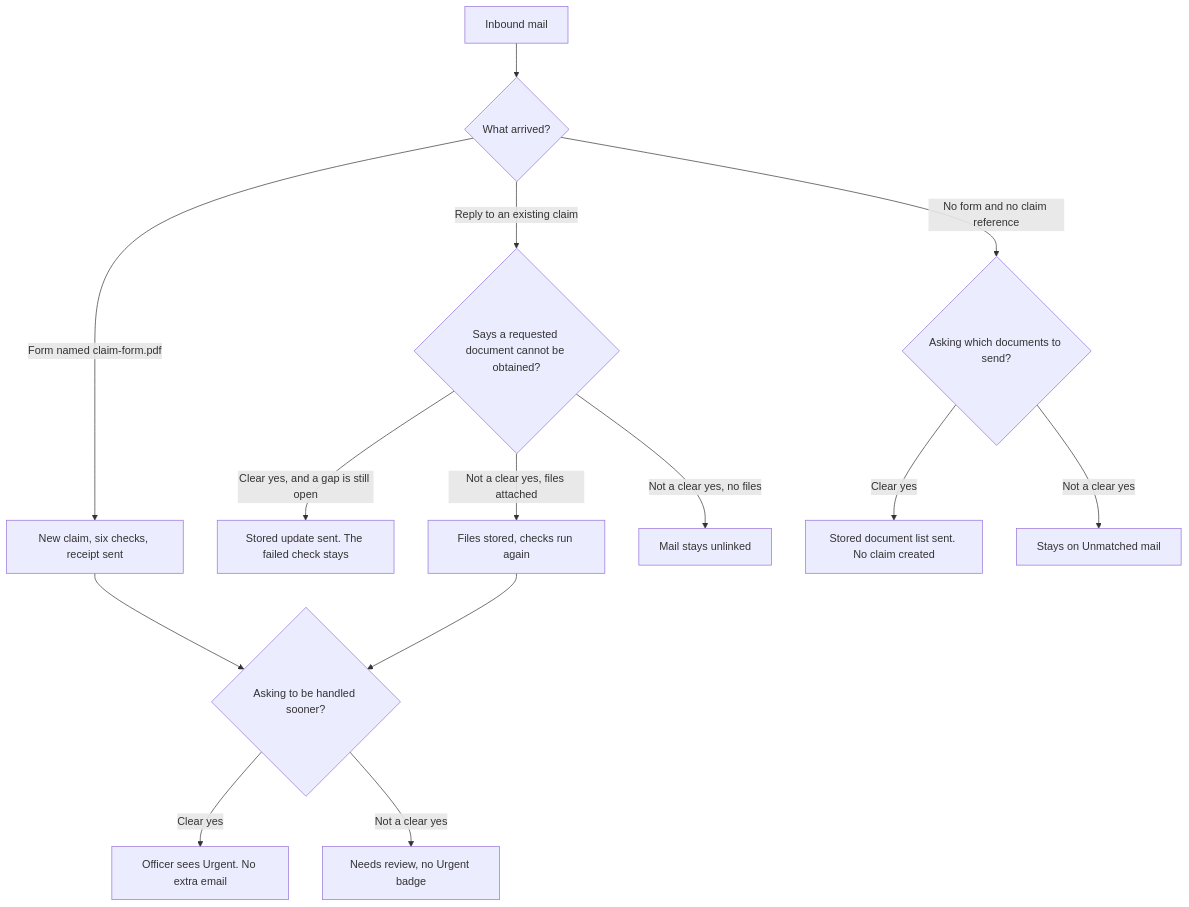
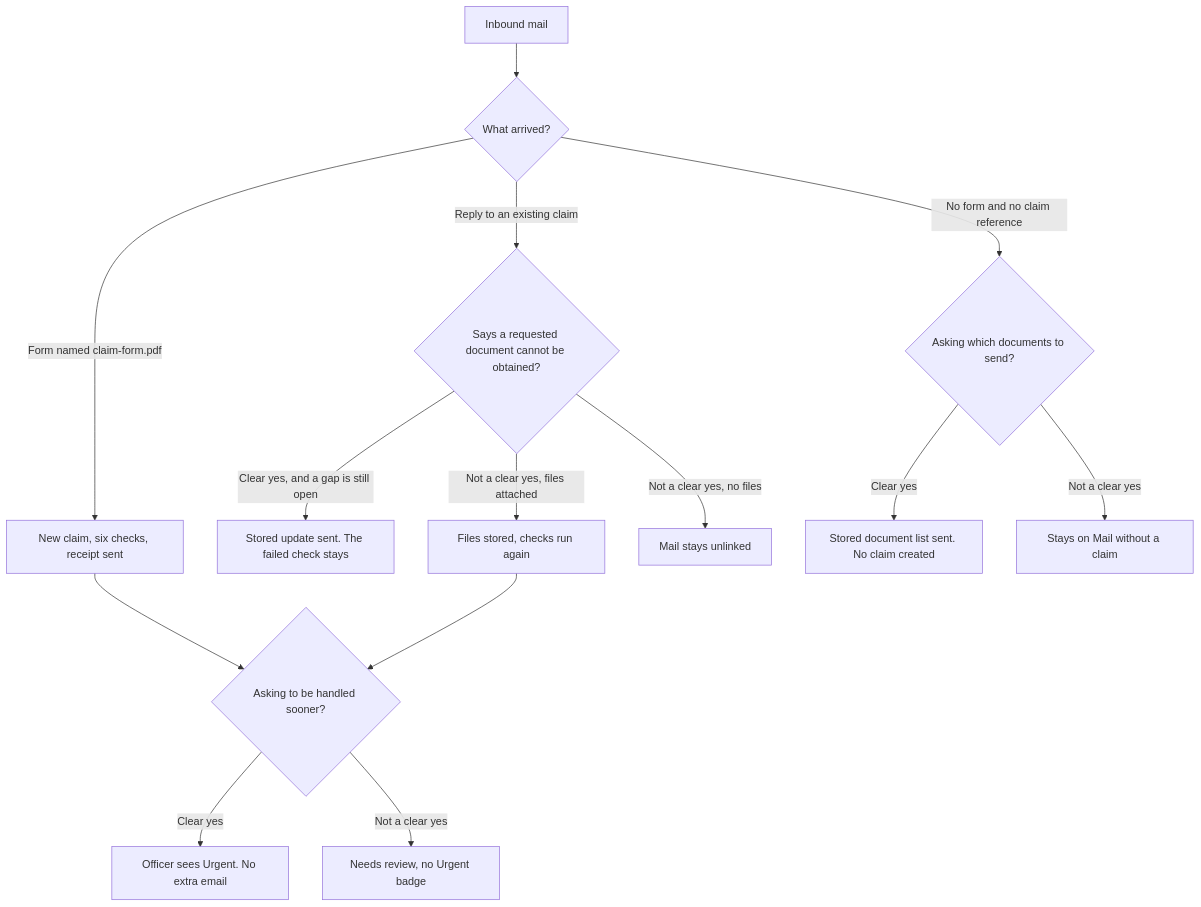
One commit to Ystyr/surecover-ai-claims-prototype changed the third of 3 diagrams in Documents/Guide.md. Above: the diagram before and after it, drawn with Mermaid. The commit also changed other lines of this file and 5 other files, not shown here.

Commit message:
Line the header up with the claims, and let the officer move between the queue, a claim, and mail that never became a claim.

````diff
--- a/Documents/Guide.md
+++ b/Documents/Guide.md
@@ -106,17 +106,17 @@
 ```mermaid
 flowchart TD
   mail[Inbound mail]
   mail --> kind{What arrived?}
   kind -->|Form named claim-form.pdf| claim[New claim, six checks, receipt sent]
   claim --> sooner{Asking to be handled sooner?}
   sooner -->|Clear yes| urgent[Officer sees Urgent. No extra email]
   sooner -->|Not a clear yes| waiting[Needs review, no Urgent badge]
   kind -->|Reply to an existing claim| missing{Says a requested document cannot be obtained?}
   missing -->|Clear yes, and a gap is still open| update[Stored update sent. The failed check stays]
   missing -->|Not a clear yes, files attached| again[Files stored, checks run again]
   missing -->|Not a clear yes, no files| aside[Mail stays unlinked]
   again --> sooner
   kind -->|No form and no claim reference| which{Asking which documents to send?}
   which -->|Clear yes| list[Stored document list sent. No claim created]
-  which -->|Not a clear yes| unmatched[Stays on Unmatched mail]
+  which -->|Not a clear yes| unmatched[Stays on Mail without a claim]
 ```
````
